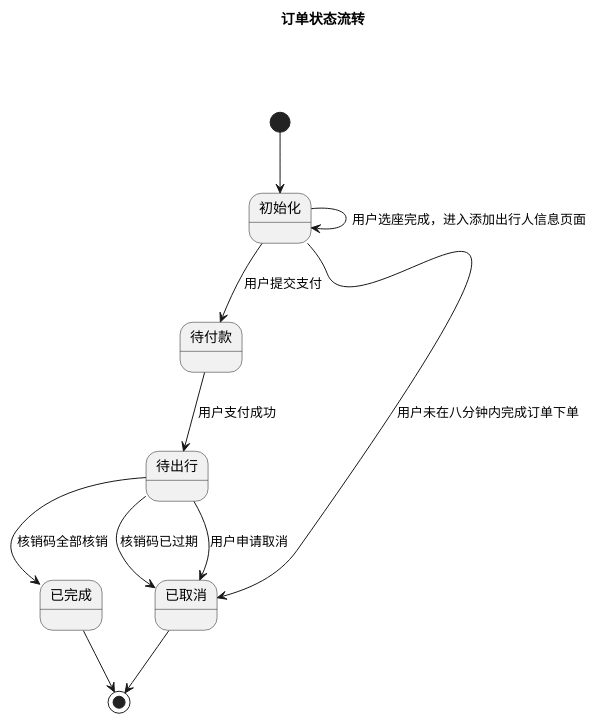
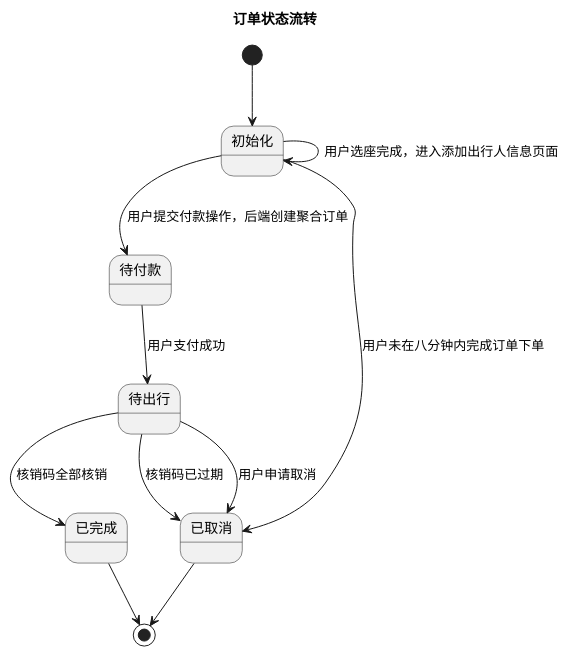
The diagram in doc/uml/车船票1.0.0/车船票订单状态流转.puml (owen-pro/UML_PRO), drawn with PlantUML before and after one commit.

Commit message:
状态流转

```diff
--- a/doc/uml/车船票1.0.0/车船票订单状态流转.puml
+++ b/doc/uml/车船票1.0.0/车船票订单状态流转.puml
@@ -1,13 +1,13 @@
 @startuml
 title 订单状态流转
 [*] --> 初始化
 初始化 -> 初始化 : 用户选座完成，进入添加出行人信息页面
-初始化 --> 待付款 : 用户提交支付
+初始化 --> 待付款 : 用户提交付款操作，后端创建聚合订单
 待付款 --> 待出行 : 用户支付成功
 初始化 --> 已取消 : 用户未在八分钟内完成订单下单
 待出行 --> 已取消 : 用户申请取消
 待出行 --> 已取消 : 核销码已过期
 已取消 --> [*]
 待出行 --> 已完成 : 核销码全部核销
 已完成 --> [*]
 @enduml
```
